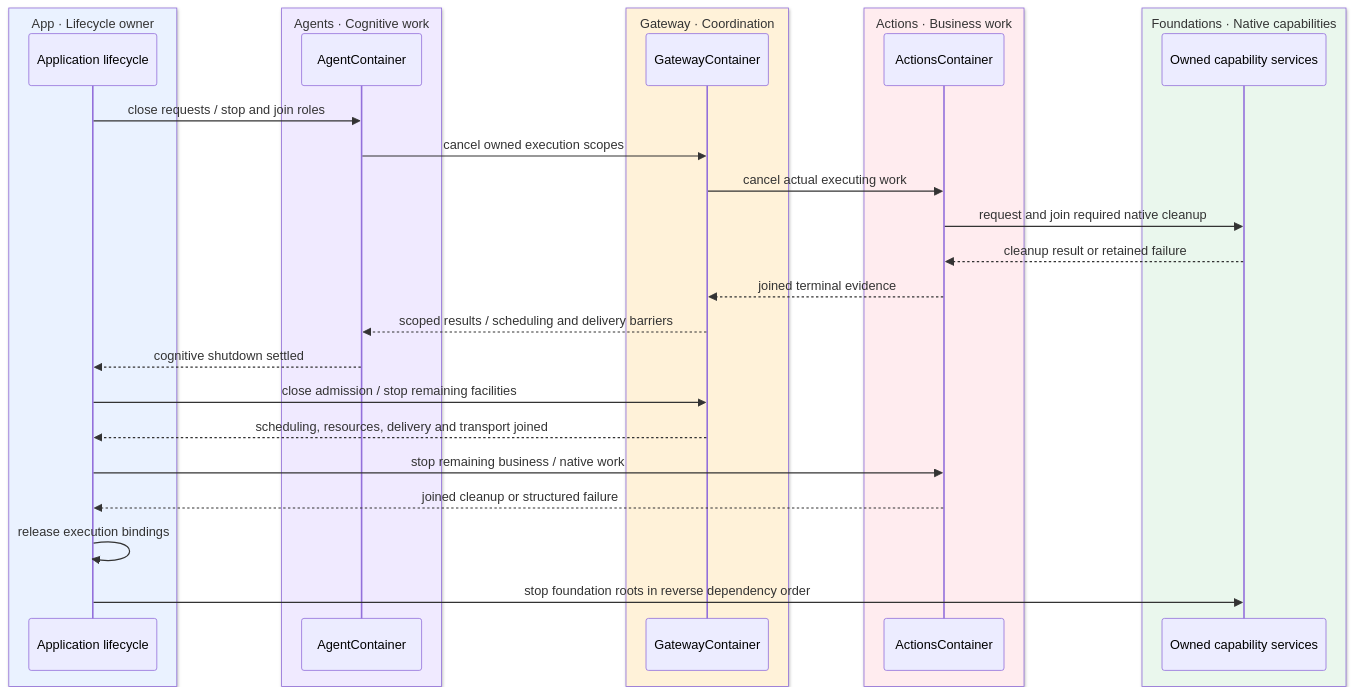
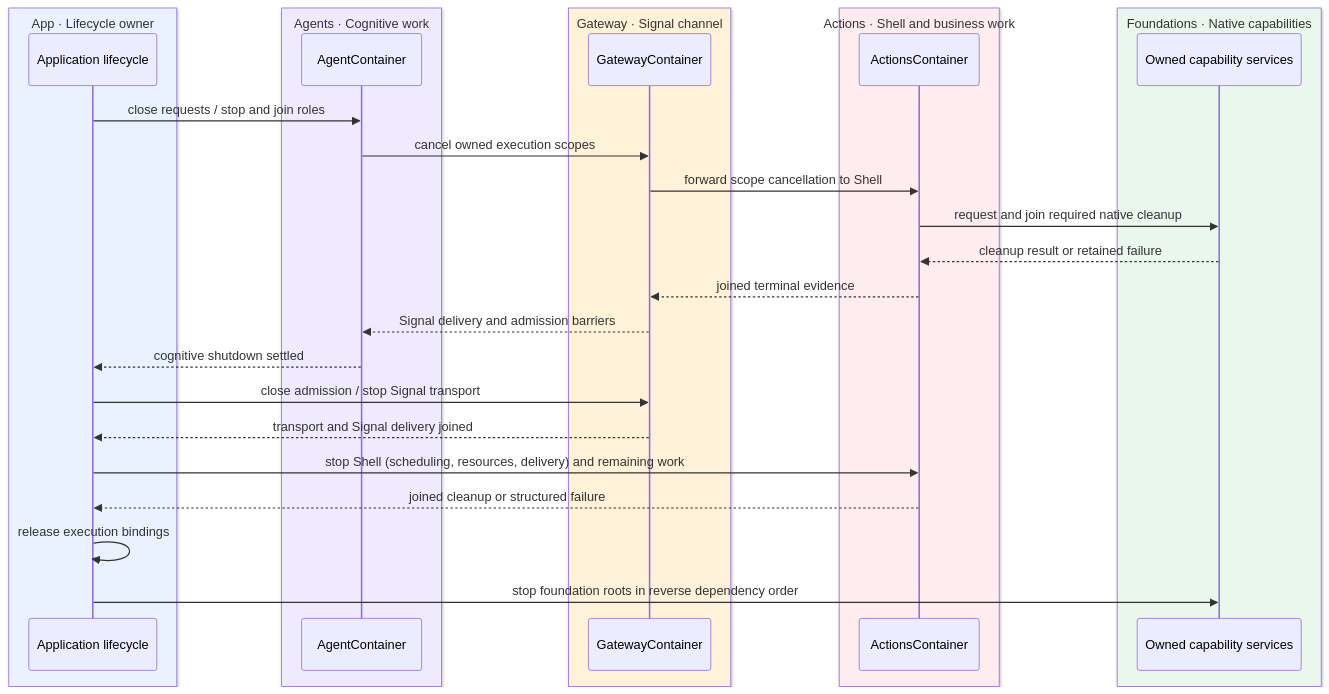
Diagram 27 of 27 in MobileHarness/README.md (devilyouwei/MobileHarness), drawn with Mermaid before and after one commit. The commit also changed other lines of this file and 4 other files, not shown here.

First line of the commit message:
docs: align READMEs and diagrams with Gateway/Actions separation

````diff
--- a/MobileHarness/README.md
+++ b/MobileHarness/README.md
@@ -1698,32 +1715,32 @@
 ```mermaid
 sequenceDiagram
     box rgb(234,242,255) App · Lifecycle owner
         participant App as Application lifecycle
     end
     box rgb(240,234,255) Agents · Cognitive work
         participant A as AgentContainer
     end
-    box rgb(255,242,217) Gateway · Coordination
+    box rgb(255,242,217) Gateway · Signal channel
         participant G as GatewayContainer
     end
-    box rgb(255,236,239) Actions · Business work
+    box rgb(255,236,239) Actions · Shell and business work
         participant X as ActionsContainer
     end
     box rgb(234,247,237) Foundations · Native capabilities
         participant F as Owned capability services
     end
     App->>A: close requests / stop and join roles
     A->>G: cancel owned execution scopes
-    G->>X: cancel actual executing work
+    G->>X: forward scope cancellation to Shell
     X->>F: request and join required native cleanup
     F-->>X: cleanup result or retained failure
     X-->>G: joined terminal evidence
-    G-->>A: scoped results / scheduling and delivery barriers
+    G-->>A: Signal delivery and admission barriers
     A-->>App: cognitive shutdown settled
-    App->>G: close admission / stop remaining facilities
-    G-->>App: scheduling, resources, delivery and transport joined
-    App->>X: stop remaining business / native work
+    App->>G: close admission / stop Signal transport
+    G-->>App: transport and Signal delivery joined
+    App->>X: stop Shell (scheduling, resources, delivery) and remaining work
     X-->>App: joined cleanup or structured failure
     App->>App: release execution bindings
     App->>F: stop foundation roots in reverse dependency order
 ```
````
